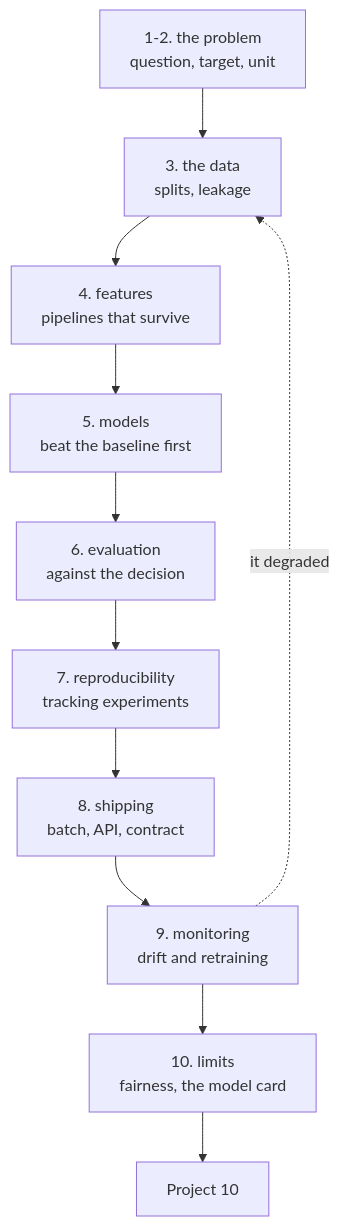
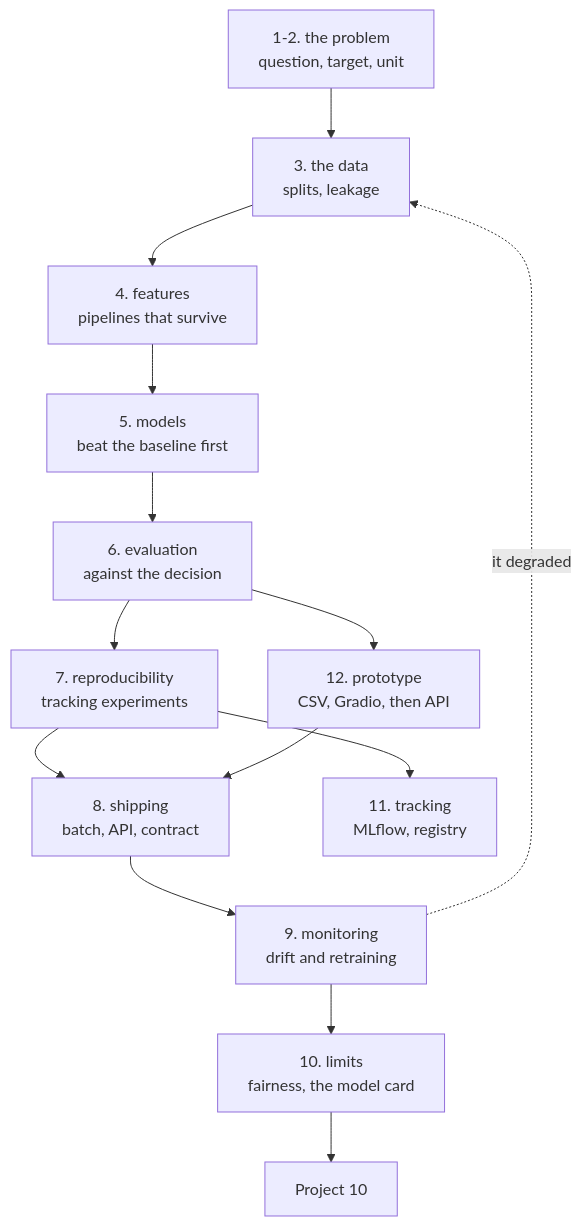
Before and after one commit to Tayel-Ai-Labs-Courses/Advanced-AI: the diagram in Data-Science/README.md, drawn with Mermaid. The commit also changed other lines of this file and 10 other files, not shown here.

````diff
--- a/Data-Science/README.md
+++ b/Data-Science/README.md
@@ -19,13 +19,16 @@
 ```mermaid
 flowchart TD
     Q["1-2. the problem<br/>question, target, unit"] --> D["3. the data<br/>splits, leakage"]
     D --> F["4. features<br/>pipelines that survive"]
     F --> M["5. models<br/>beat the baseline first"]
     M --> E["6. evaluation<br/>against the decision"]
     E --> R["7. reproducibility<br/>tracking experiments"]
     R --> S["8. shipping<br/>batch, API, contract"]
+    R --> T["11. tracking<br/>MLflow, registry"]
+    E --> PR["12. prototype<br/>CSV, Gradio, then API"]
+    PR --> S
     S --> MO["9. monitoring<br/>drift and retraining"]
     MO --> L["10. limits<br/>fairness, the model card"]
     MO -.->|"it degraded"| D
     L --> P["Project 10"]
 ```
````
